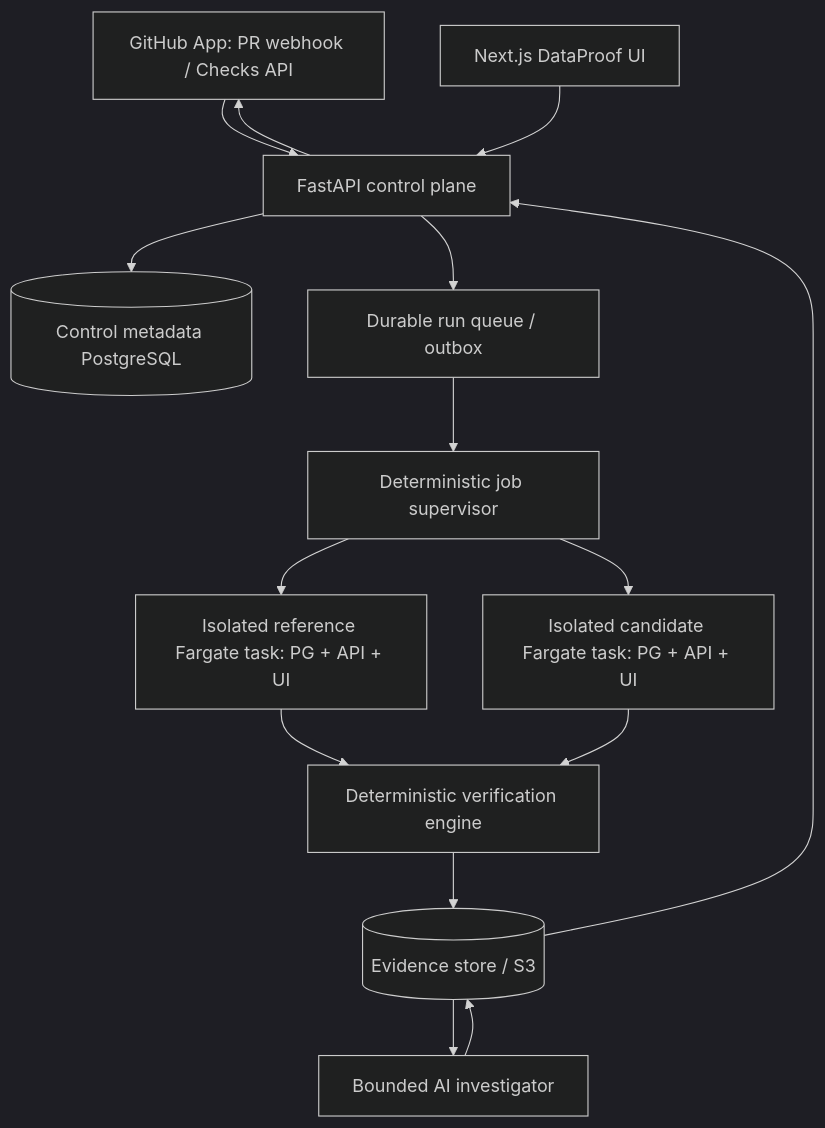
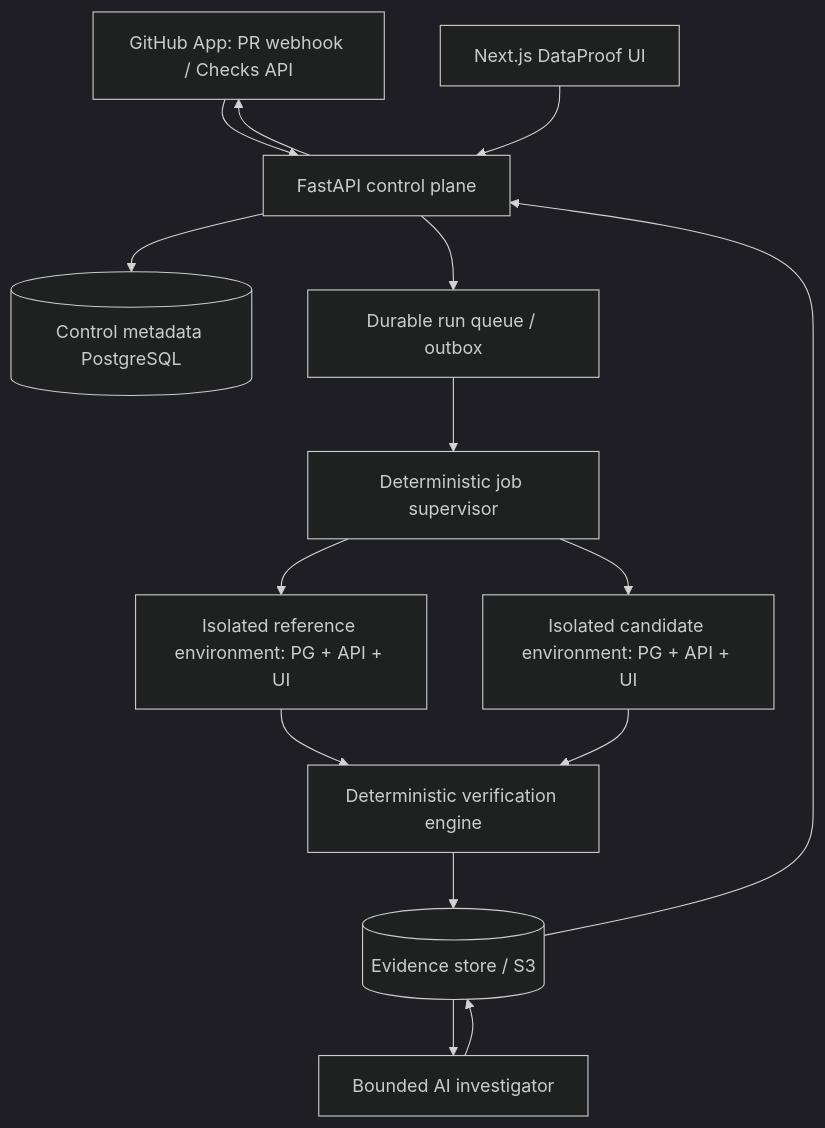
The diagram in docs/ARCHITECTURE.md (s2002kumar/DataProof), drawn with Mermaid (dark theme) before and after one commit. The commit also changed other lines of this file and 7 other files, not shown here.

````diff
--- a/docs/ARCHITECTURE.md
+++ b/docs/ARCHITECTURE.md
@@ -9,17 +9,17 @@
 ```mermaid
 flowchart TD
   GH[GitHub App: PR webhook / Checks API] --> API[FastAPI control plane]
   WEB[Next.js DataProof UI] --> API
   API --> META[(Control metadata PostgreSQL)]
   API --> Q[Durable run queue / outbox]
   Q --> SUP[Deterministic job supervisor]
-  SUP --> REF[Isolated reference Fargate task: PG + API + UI]
-  SUP --> CAND[Isolated candidate Fargate task: PG + API + UI]
+  SUP --> REF[Isolated reference environment: PG + API + UI]
+  SUP --> CAND[Isolated candidate environment: PG + API + UI]
   REF --> VER[Deterministic verification engine]
   CAND --> VER
   VER --> EV[(Evidence store / S3)]
   EV --> AI[Bounded AI investigator]
   AI --> EV
   EV --> API
   API --> GH
 ```
````
